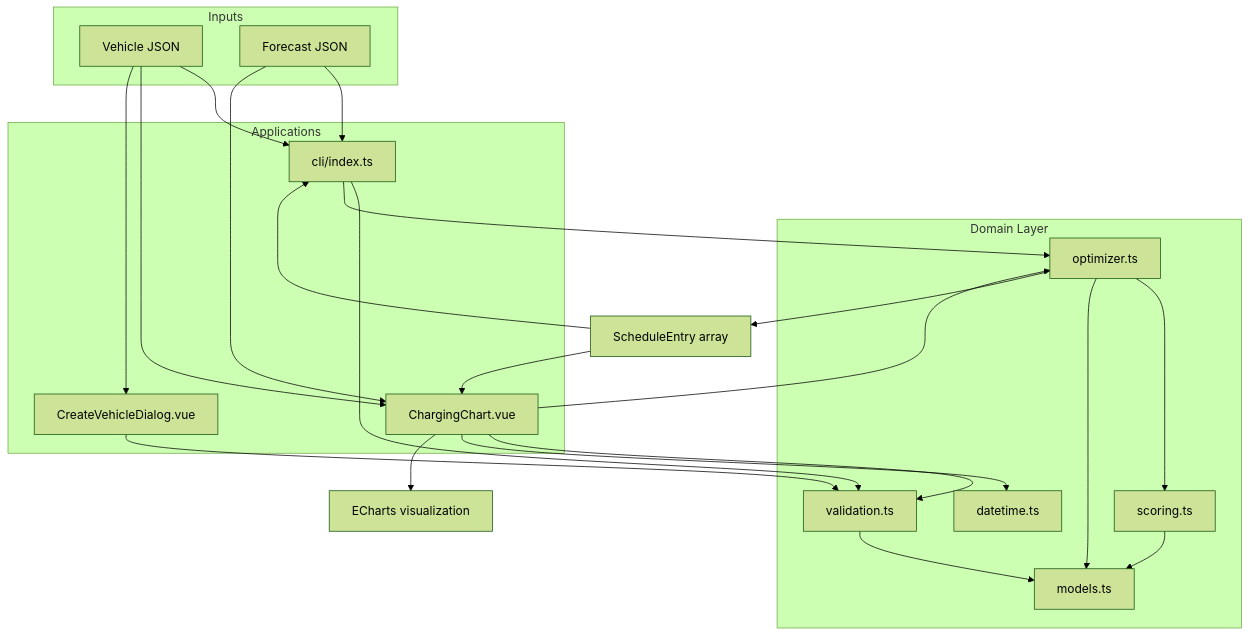
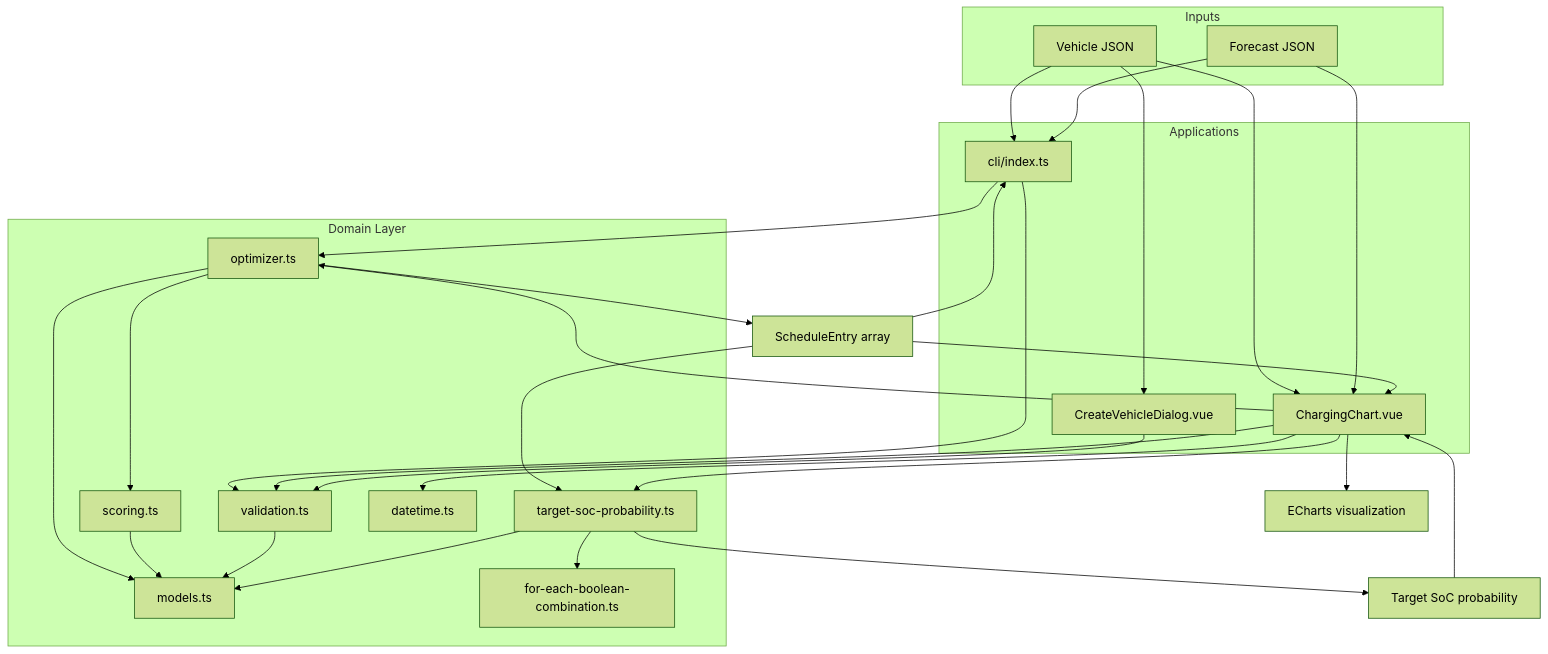
Before and after one commit to maitrux/ev-charging-optimizer: the first of 2 diagrams in README.md, drawn with Mermaid (forest theme). The commit also changed other lines of this file, not shown here.

Commit message:
update readme with probability calculation

````diff
--- a/README.md
+++ b/README.md
@@ -52,46 +58,55 @@
 ```mermaid
 flowchart TB
   subgraph inputs [Inputs]
     V[Vehicle JSON]
     F[Forecast JSON]
   end
 
   subgraph domain [Domain Layer]
     M[models.ts]
     VAL[validation.ts]
     S[scoring.ts]
     O[optimizer.ts]
+    FB[for-each-boolean-combination.ts]
+    PROB[target-soc-probability.ts]
     DT[datetime.ts]
   end
 
   subgraph apps [Applications]
     CLI[cli/index.ts]
     UI[ChargingChart.vue]
     DIALOG[CreateVehicleDialog.vue]
   end
 
   V --> CLI
   F --> CLI
   V --> UI
   F --> UI
   V --> DIALOG
 
   CLI --> VAL
   UI --> VAL
   DIALOG --> VAL
 
   CLI --> O
   UI --> O
 
   O --> S
   O --> M
   S --> M
   VAL --> M
 
   O --> SCHED[ScheduleEntry array]
   SCHED --> CLI
   SCHED --> UI
 
+  SCHED --> PROB
+  UI --> PROB
+  PROB --> FB
+  PROB --> M
+  PROB --> PCT[Target SoC probability]
+  PCT --> UI
+
   UI --> DT
   UI --> CHART[ECharts visualization]
 ```
````
